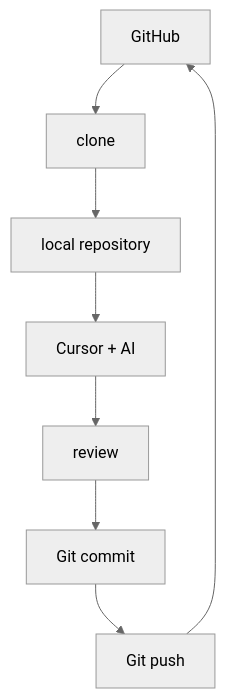
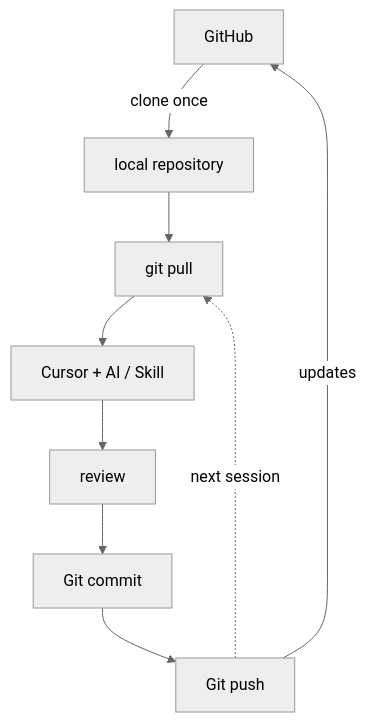
One commit to IpWangHei/environmentsetup changed the first of 3 diagrams in README.md. Above: the diagram before and after it, drawn with Mermaid (neutral theme). The commit also changed other lines of this file, not shown here.

````diff
--- a/README.md
+++ b/README.md
@@ -644,10 +745,12 @@
 ```mermaid
 flowchart TD
-    A[GitHub] --> B[clone]
-    B --> C[local repository]
-    C --> D[Cursor + AI]
-    D --> E[review]
-    E --> F[Git commit]
-    F --> G[Git push]
-    G --> A
+    GH[GitHub]
+    GH -->|clone once| Local[local repository]
+    Local --> Pull[git pull]
+    Pull --> Work[Cursor + AI / Skill]
+    Work --> Review[review]
+    Review --> Commit[Git commit]
+    Commit --> Push[Git push]
+    Push -->|updates| GH
+    Push -.->|next session| Pull
 ```
````
